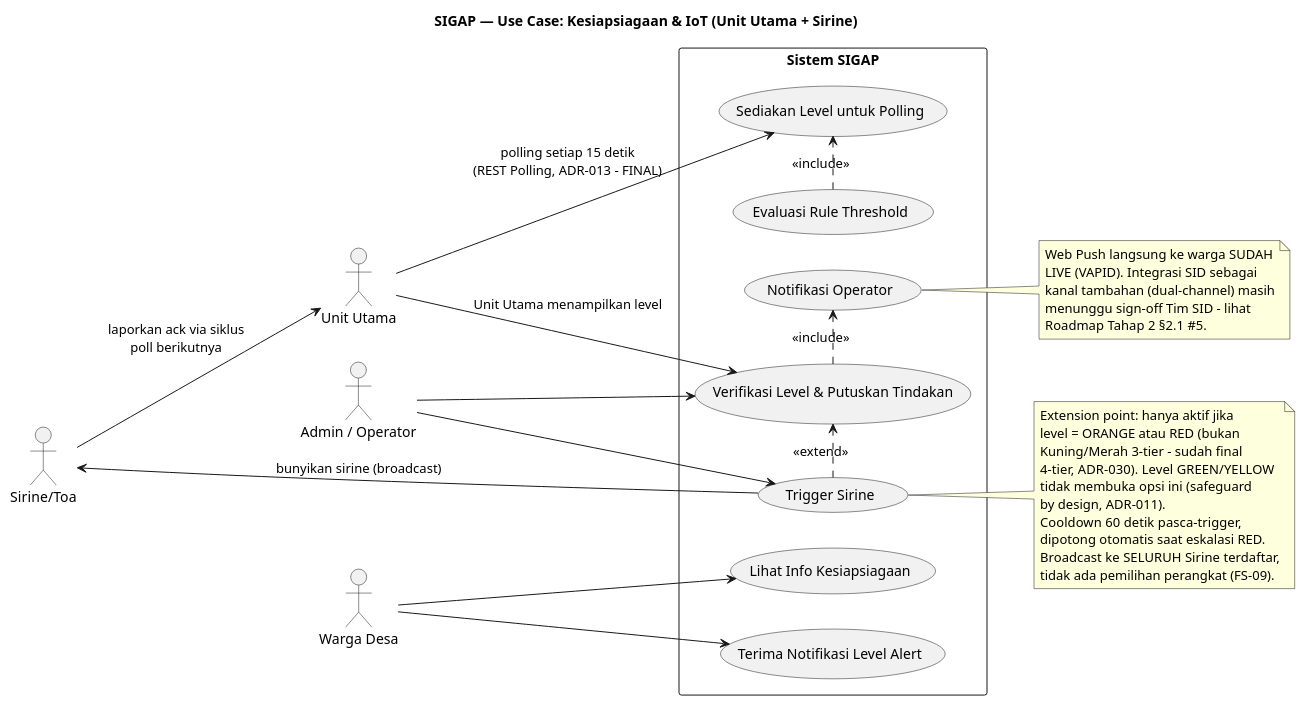
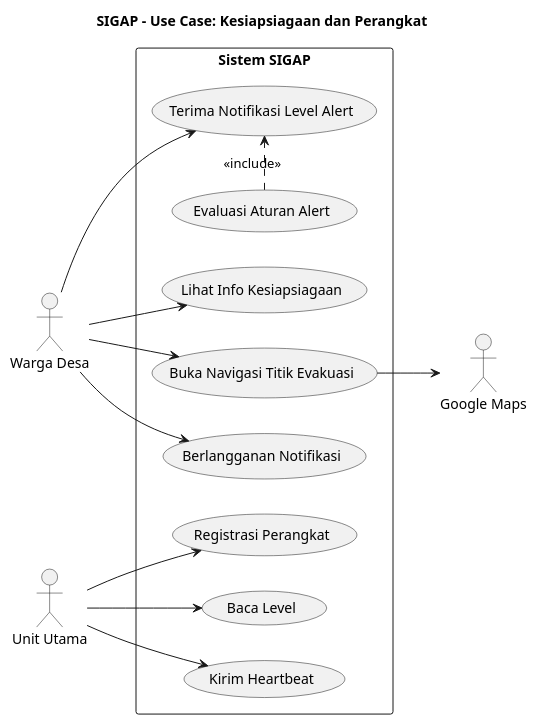
The diagram in docs/business/usecase/uc_kesiapsiagaan_iot.puml (Vextronode/sigap_app), drawn with PlantUML before and after one commit. The commit also changed 97 other files, not shown here.

```diff
--- a/docs/business/usecase/uc_kesiapsiagaan_iot.puml
+++ b/docs/business/usecase/uc_kesiapsiagaan_iot.puml
@@ -1,55 +1,32 @@
 @startuml uc_kesiapsiagaan_iot
 left to right direction
-title SIGAP — Use Case: Kesiapsiagaan & IoT (Unit Utama + Sirine)
+title SIGAP - Use Case: Kesiapsiagaan dan Perangkat
 
 actor "Warga Desa" as Warga
-actor "Admin / Operator" as AdminOp
 actor "Unit Utama" as UU
-actor "Sirine/Toa" as Si
+actor "Google Maps" as GM
 
 rectangle "Sistem SIGAP" {
-  usecase "Lihat Info Kesiapsiagaan" as UC3
+  usecase "Lihat Info Kesiapsiagaan" as UC1
+  usecase "Buka Navigasi Titik Evakuasi" as UC2
+  usecase "Berlangganan Notifikasi" as UC3
   usecase "Terima Notifikasi Level Alert" as UC4
-  usecase "Evaluasi Rule Threshold" as UC_rule
-  usecase "Sediakan Level untuk Polling" as UC11
-  usecase "Verifikasi Level & Putuskan Tindakan" as UC8
-  usecase "Trigger Sirine" as UC9
-  usecase "Notifikasi Operator" as UC_notif
+  usecase "Evaluasi Aturan Alert" as UC5
+  usecase "Registrasi Perangkat" as UC6
+  usecase "Baca Level" as UC7
+  usecase "Kirim Heartbeat" as UC8
 }
 
+Warga --> UC1
+Warga --> UC2
 Warga --> UC3
 Warga --> UC4
 
-UC_rule .> UC11 : <<include>>
-UU --> UC11 : polling setiap 15 detik\n(REST Polling, ADR-013 - FINAL)
+UC2 --> GM
+UC5 .> UC4 : <<include>>
 
-UU --> UC8 : Unit Utama menampilkan level
-UC8 .> UC_notif : <<include>>
-AdminOp --> UC8
-
-UC9 .> UC8 : <<extend>>
-note right of UC9
-  Extension point: hanya aktif jika
-  level = ORANGE atau RED (bukan
-  Kuning/Merah 3-tier - sudah final
-  4-tier, ADR-030). Level GREEN/YELLOW
-  tidak membuka opsi ini (safeguard
-  by design, ADR-011).
-  Cooldown 60 detik pasca-trigger,
-  dipotong otomatis saat eskalasi RED.
-  Broadcast ke SELURUH Sirine terdaftar,
-  tidak ada pemilihan perangkat (FS-09).
-end note
-AdminOp --> UC9
-UC9 --> Si : bunyikan sirine (broadcast)
-Si --> UU : laporkan ack via siklus\npoll berikutnya
-
-note right of UC_notif
-  Web Push langsung ke warga SUDAH
-  LIVE (VAPID). Integrasi SID sebagai
-  kanal tambahan (dual-channel) masih
-  menunggu sign-off Tim SID - lihat
-  Roadmap Tahap 2 §2.1 #5.
-end note
+UU --> UC6
+UU --> UC7
+UU --> UC8
 
 @enduml
```
